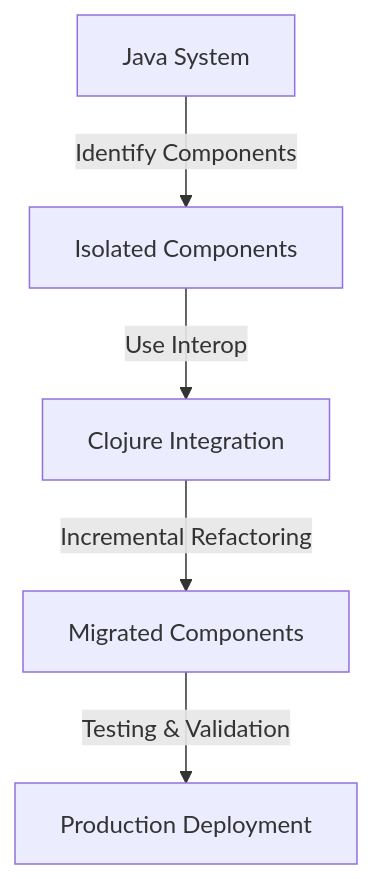
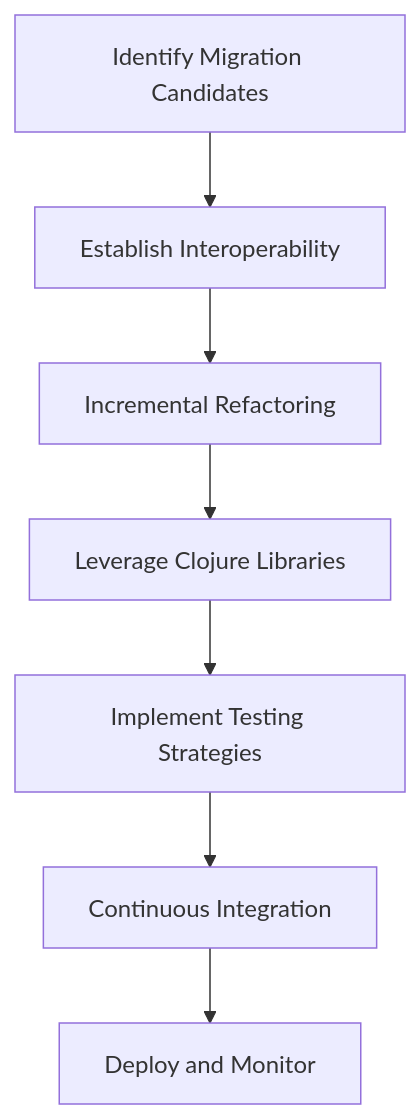
The diagram in content/3/12/3/index.md (MasteryEducation/ClojureForJava.com), drawn with Mermaid before and after one commit. The commit also changed other lines of this file and 74 other files, not shown here.

````diff
--- a/content/3/12/3/index.md
+++ b/content/3/12/3/index.md
@@ -141,7 +135,9 @@
 ```mermaid
-graph TD;
-    A[Java System] -->|Identify Components| B[Isolated Components]
-    B -->|Use Interop| C[Clojure Integration]
-    C -->|Incremental Refactoring| D[Migrated Components]
-    D -->|Testing & Validation| E[Production Deployment]
+flowchart TD
+    A[Identify Migration Candidates] --> B[Establish Interoperability]
+    B --> C[Incremental Refactoring]
+    C --> D[Leverage Clojure Libraries]
+    D --> E[Implement Testing Strategies]
+    E --> F[Continuous Integration]
+    F --> G[Deploy and Monitor]
 ```
````
